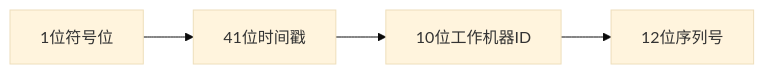
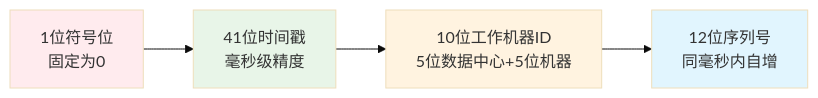
Before and after one commit to 2042159221/learn-RPC: the diagram in doc/雪花算法与分布式ID生成.md, drawn with Mermaid (base theme). The commit also changed other lines of this file and 30 other files, not shown here.

````diff
--- a/doc/雪花算法与分布式ID生成.md
+++ b/doc/雪花算法与分布式ID生成.md
@@ -11,6 +19,11 @@
 ```mermaid
 graph LR
-    A[1位符号位] --> B[41位时间戳]
-    B --> C[10位工作机器ID]
-    C --> D[12位序列号]
+    A[1位符号位<br/>固定为0] --> B[41位时间戳<br/>毫秒级精度]
+    B --> C[10位工作机器ID<br/>5位数据中心+5位机器]
+    C --> D[12位序列号<br/>同毫秒内自增]
+
+    style A fill:#ffebee
+    style B fill:#e8f5e8
+    style C fill:#fff3e0
+    style D fill:#e1f5fe
 ```
````
